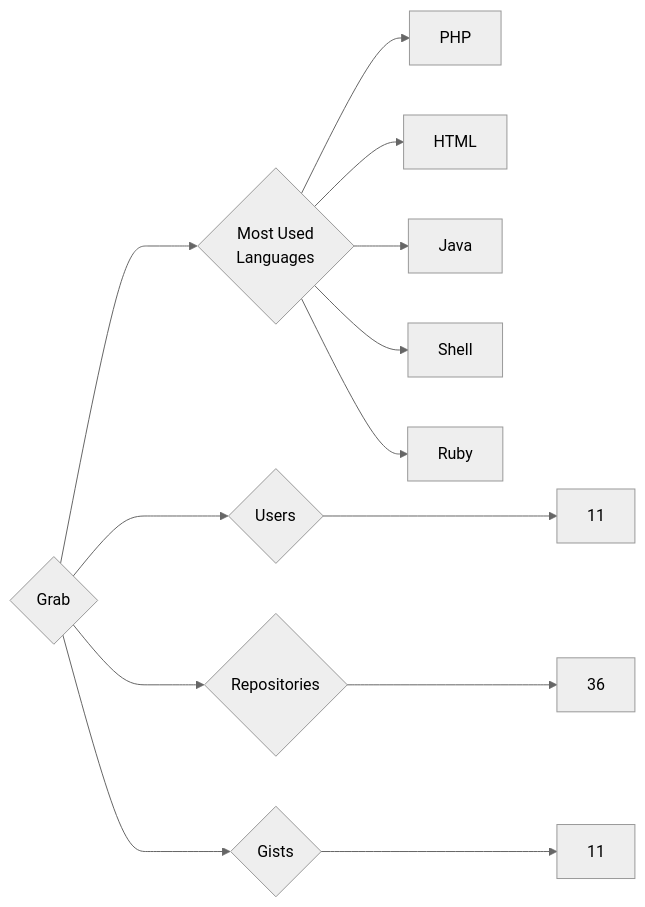
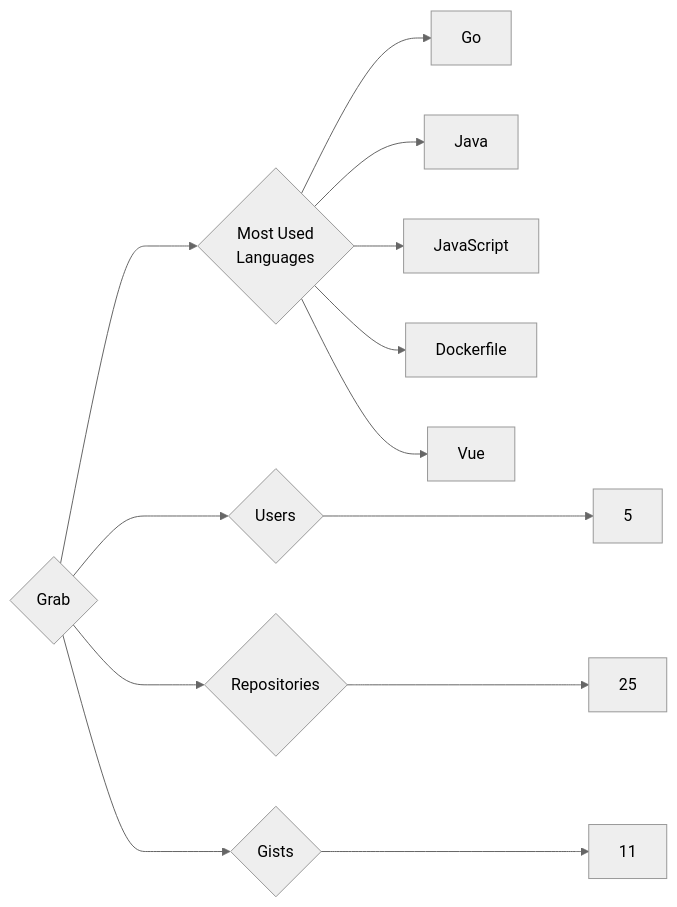
Before and after one commit to trickest/insiders: the diagram in targets/Grab/README.md, drawn with Mermaid (neutral theme). The commit also changed 1084 other files, not shown here.

````diff
--- a/targets/Grab/README.md
+++ b/targets/Grab/README.md
@@ -3,13 +3,13 @@
 ```mermaid
 graph LR
 COMPANY_NAME{Grab}
-COMPANY_NAME ---> U{Users} ---> UN[11]
-COMPANY_NAME ---> R{Repositories} ---> RN[36]
+COMPANY_NAME ---> U{Users} ---> UN[5]
+COMPANY_NAME ---> R{Repositories} ---> RN[25]
 COMPANY_NAME ---> G{Gists} ---> GN[11]
 COMPANY_NAME ---> ML{Most Used<br>Languages}
-ML --> PHP[PHP]
-ML --> HTML[HTML]
+ML --> Go[Go]
 ML --> Java[Java]
-ML --> Shell[Shell]
-ML --> Ruby[Ruby]
+ML --> JavaScript[JavaScript]
+ML --> Dockerfile[Dockerfile]
+ML --> Vue[Vue]
 ```
````
